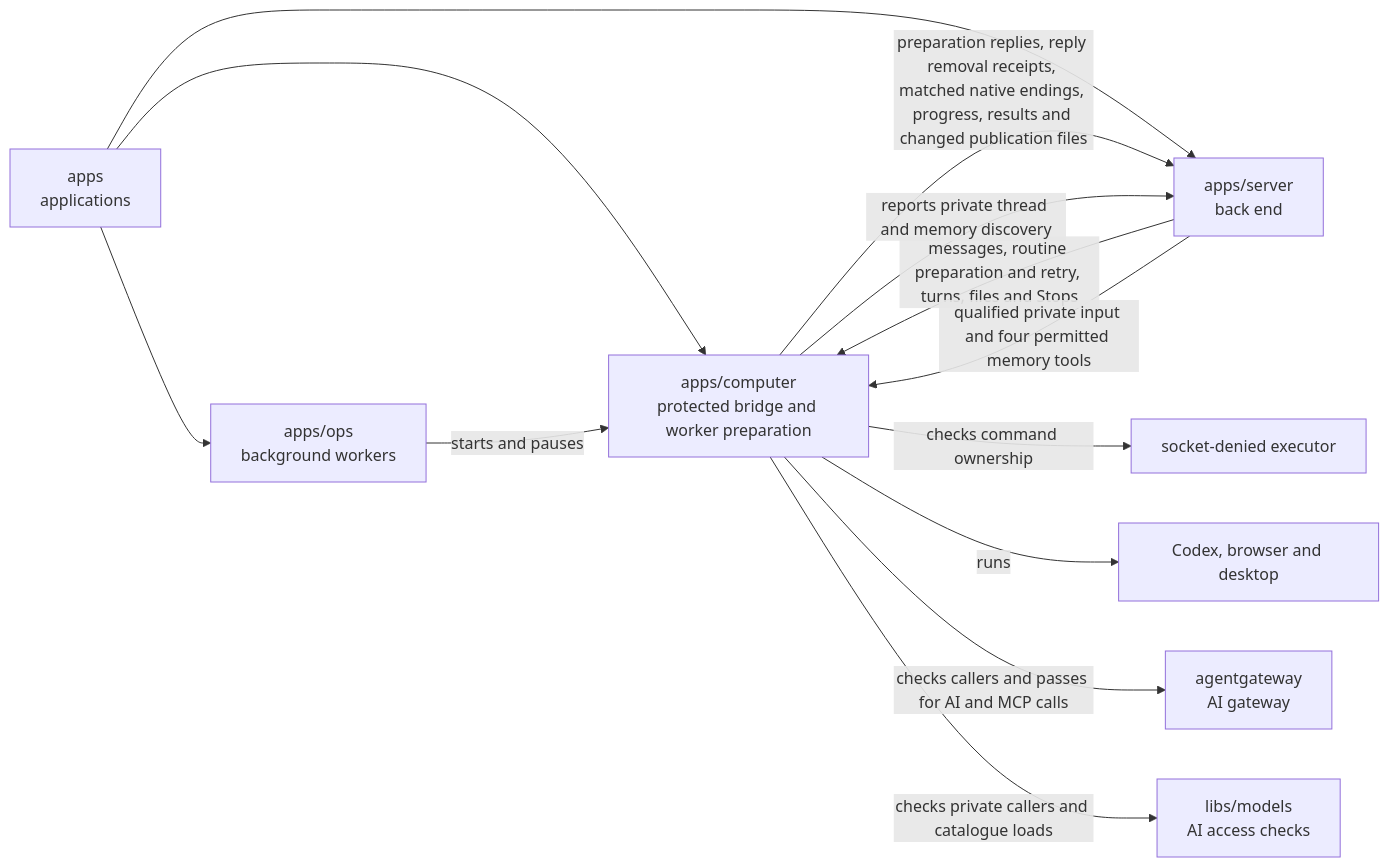
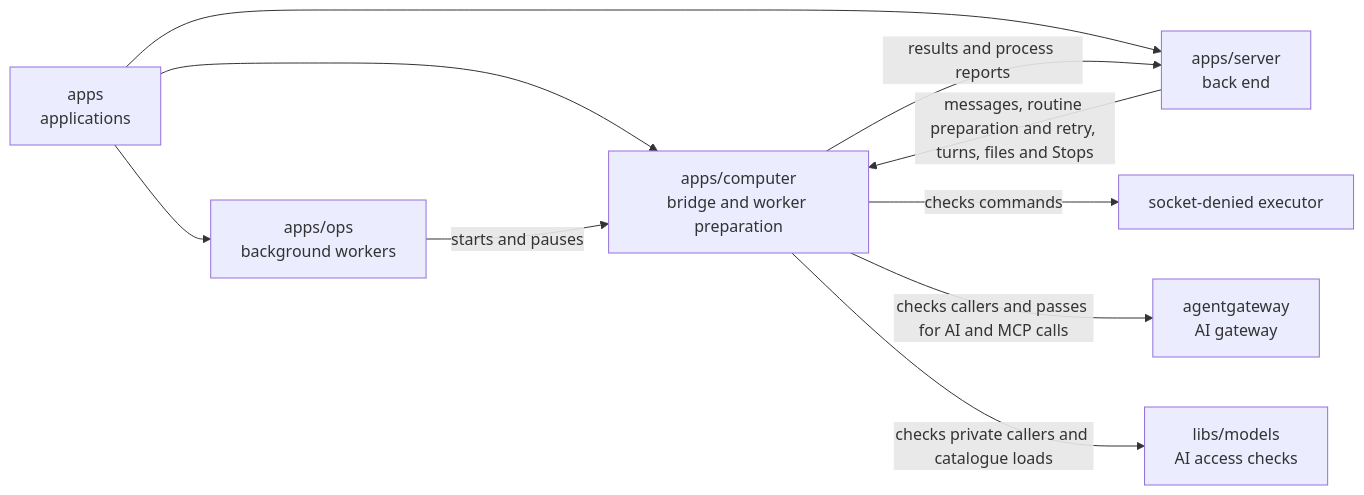
One commit to elewa-git/opencrane-new changed the diagram in apps/computer/README.md. Above: the diagram before and after it, drawn with Mermaid. The commit also changed other lines of this file and 8 other files, not shown here.

Commit message:
🔒 Bind bridge discovery to its launch record

````diff
--- a/apps/computer/README.md
+++ b/apps/computer/README.md
@@ -16,15 +16,12 @@
 ```mermaid
 flowchart LR
-  apps["apps<br/>applications"] --> computer["apps/computer<br/>protected bridge and worker preparation"]
+  apps["apps<br/>applications"] --> computer["apps/computer<br/>bridge and worker preparation"]
   apps --> ops["apps/ops<br/>background workers"]
   apps --> server["apps/server<br/>back end"]
   ops -->|starts and pauses| computer
   server -->|messages, routine preparation and retry, turns, files and Stops| computer
-  computer -->|preparation replies, reply removal receipts, matched native endings, progress, results and changed publication files| server
-  server -->|qualified private input and four permitted memory tools| computer
-  computer -->|reports private thread and memory discovery| server
-  computer -->|checks command ownership| executor["socket-denied executor"]
-  computer -->|runs| desktop["Codex, browser and desktop"]
+  computer -->|results and process reports| server
+  computer -->|checks commands| executor["socket-denied executor"]
   computer -->|checks callers and passes for AI and MCP calls| gateway["agentgateway<br/>AI gateway"]
   computer -->|checks private callers and catalogue loads| models["libs/models<br/>AI access checks"]
 ```
````
